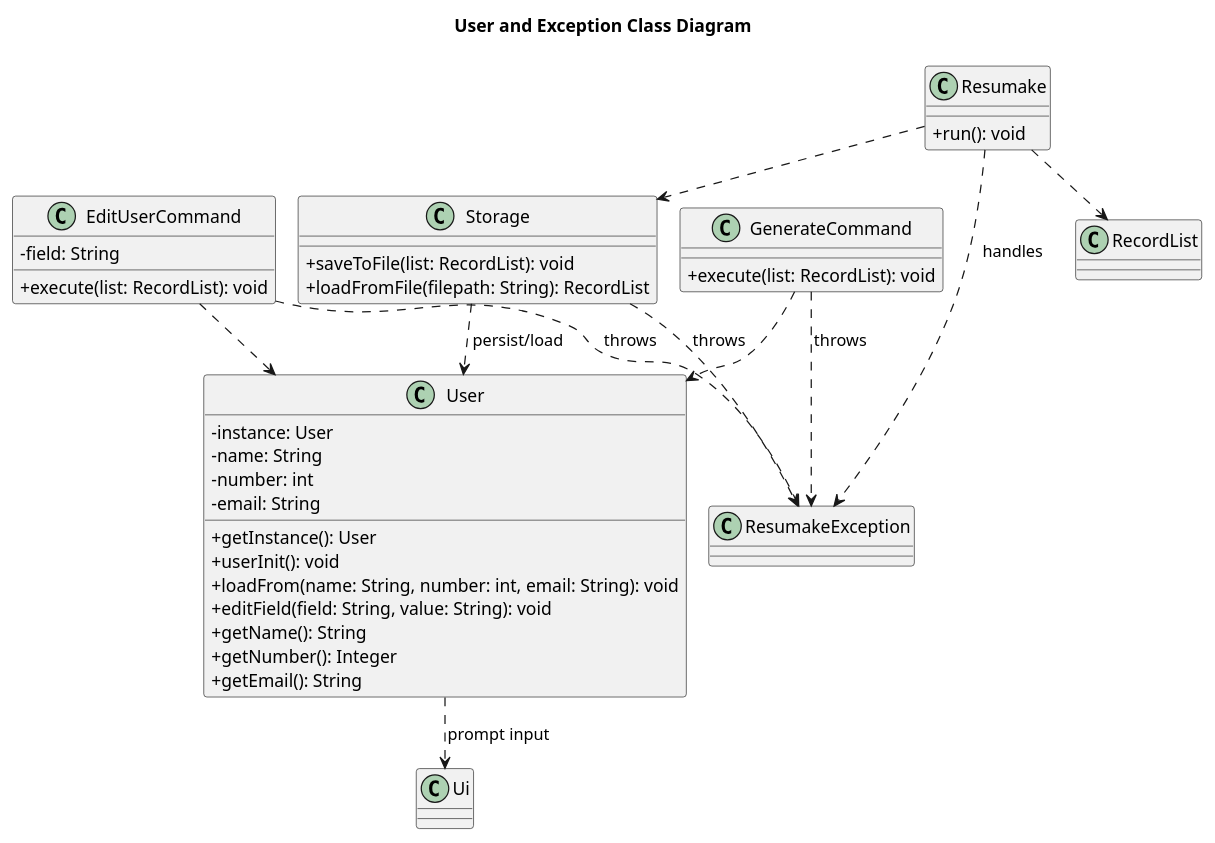
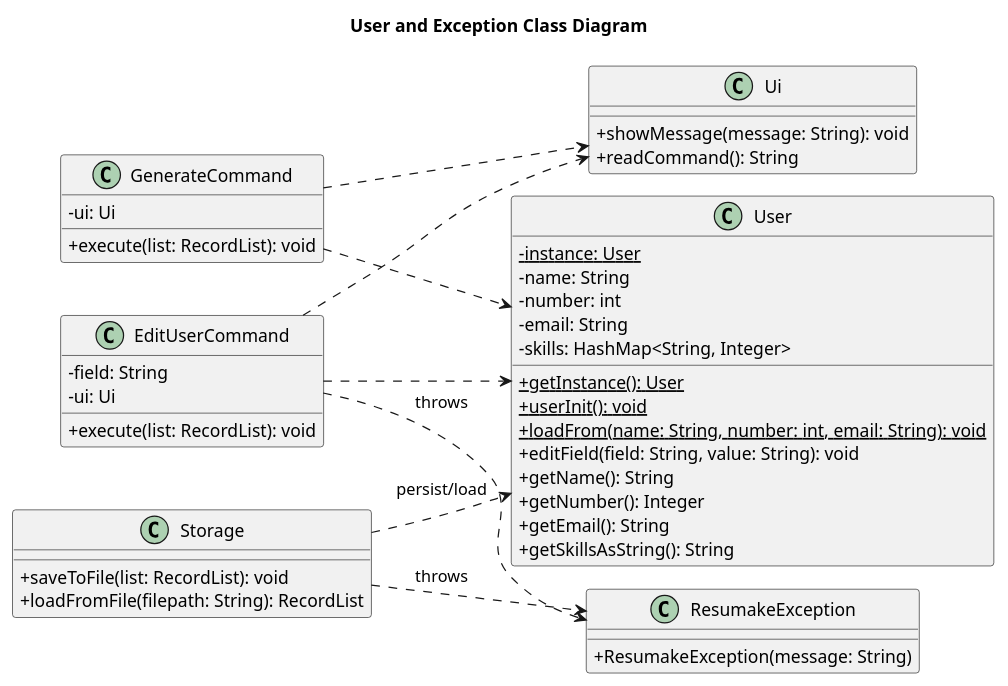
Before and after one commit to AY2526S2-CS2113-F09-2/tp: the diagram in docs/diagrams/UserAndExceptionClassDiagram.puml, drawn with PlantUML. The commit also changed 23 other files, not shown here.

Commit message:
Update UG and DG to align diagrams and command behavior

```diff
--- a/docs/diagrams/UserAndExceptionClassDiagram.puml
+++ b/docs/diagrams/UserAndExceptionClassDiagram.puml
@@ -1,54 +1,57 @@
 @startuml
 !pragma layout smetana
 skinparam classAttributeIconSize 0
+left to right direction
 
 title User and Exception Class Diagram
 
 class User {
-  -instance: User
+  -{static} instance: User
   -name: String
   -number: int
   -email: String
-  +getInstance(): User
-  +userInit(): void
-  +loadFrom(name: String, number: int, email: String): void
+  -skills: HashMap<String, Integer>
+  +{static} getInstance(): User
+  +{static} userInit(): void
+  +{static} loadFrom(name: String, number: int, email: String): void
   +editField(field: String, value: String): void
   +getName(): String
   +getNumber(): Integer
   +getEmail(): String
+  +getSkillsAsString(): String
 }
 
 class EditUserCommand {
   -field: String
+  -ui: Ui
   +execute(list: RecordList): void
 }
 
 class GenerateCommand {
+  -ui: Ui
   +execute(list: RecordList): void
 }
 
 class Storage {
   +saveToFile(list: RecordList): void
   +loadFromFile(filepath: String): RecordList
 }
 
-class Resumake {
-  +run(): void
+class Ui {
+  +showMessage(message: String): void
+  +readCommand(): String
 }
 
-class ResumakeException
-class Ui
-class RecordList
+class ResumakeException {
+  +ResumakeException(message: String)
+}
 
 EditUserCommand ..> User
+EditUserCommand ..> Ui
 GenerateCommand ..> User
+GenerateCommand ..> Ui
 Storage ..> User : persist/load
-User ..> Ui : prompt input
-Resumake ..> Storage
-Resumake ..> RecordList
-Resumake ..> ResumakeException : handles
 EditUserCommand ..> ResumakeException : throws
-GenerateCommand ..> ResumakeException : throws
 Storage ..> ResumakeException : throws
 
 @enduml
```
